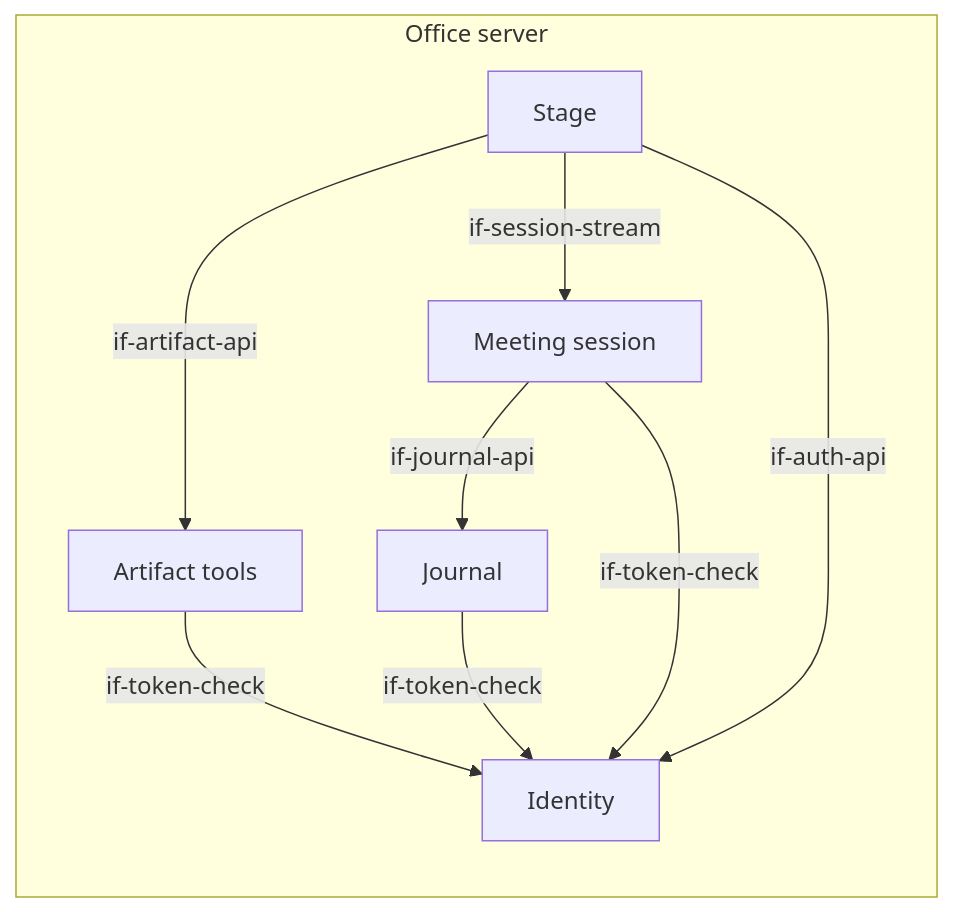
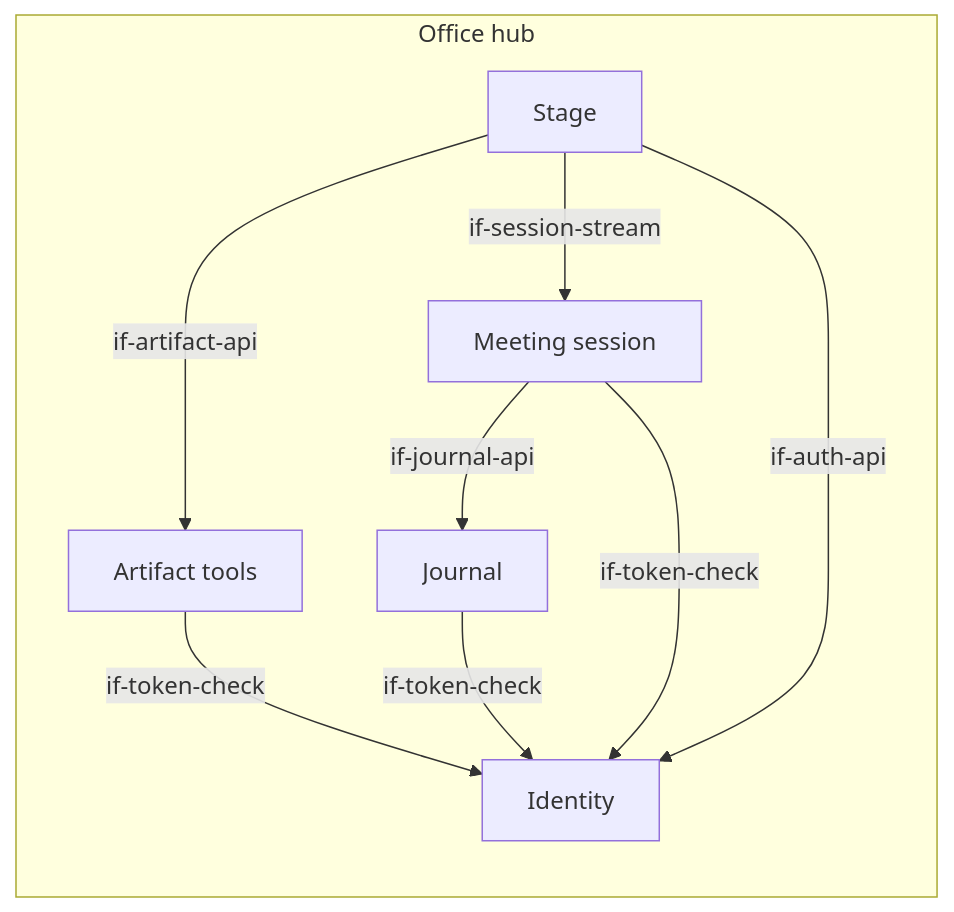
One commit to mrsimpson/agentic-office changed the second of 3 diagrams in docs/architecture/05-building-blocks.arc42.md. Above: the diagram before and after it, drawn with Mermaid. The commit also changed other lines of this file and 120 other files, not shown here.

First line of the commit message:
Rename the office server to office hub

````diff
--- a/docs/architecture/05-building-blocks.arc42.md
+++ b/docs/architecture/05-building-blocks.arc42.md
@@ -63,17 +63,17 @@
 ```mermaid
 flowchart LR
-    subgraph bb_office_server [Office server]
+    subgraph bb_office_hub [Office hub]
         bb_artifact_service[Artifact tools]
         bb_identity[Identity]
         bb_journal[Journal]
         bb_session_service[Meeting session]
         bb_stage[Stage]
     end
     bb_artifact_service -->|if-token-check| bb_identity
     bb_journal -->|if-token-check| bb_identity
     bb_session_service -->|if-journal-api| bb_journal
     bb_session_service -->|if-token-check| bb_identity
     bb_stage -->|if-session-stream| bb_session_service
     bb_stage -->|if-artifact-api| bb_artifact_service
     bb_stage -->|if-auth-api| bb_identity
 ```
````
